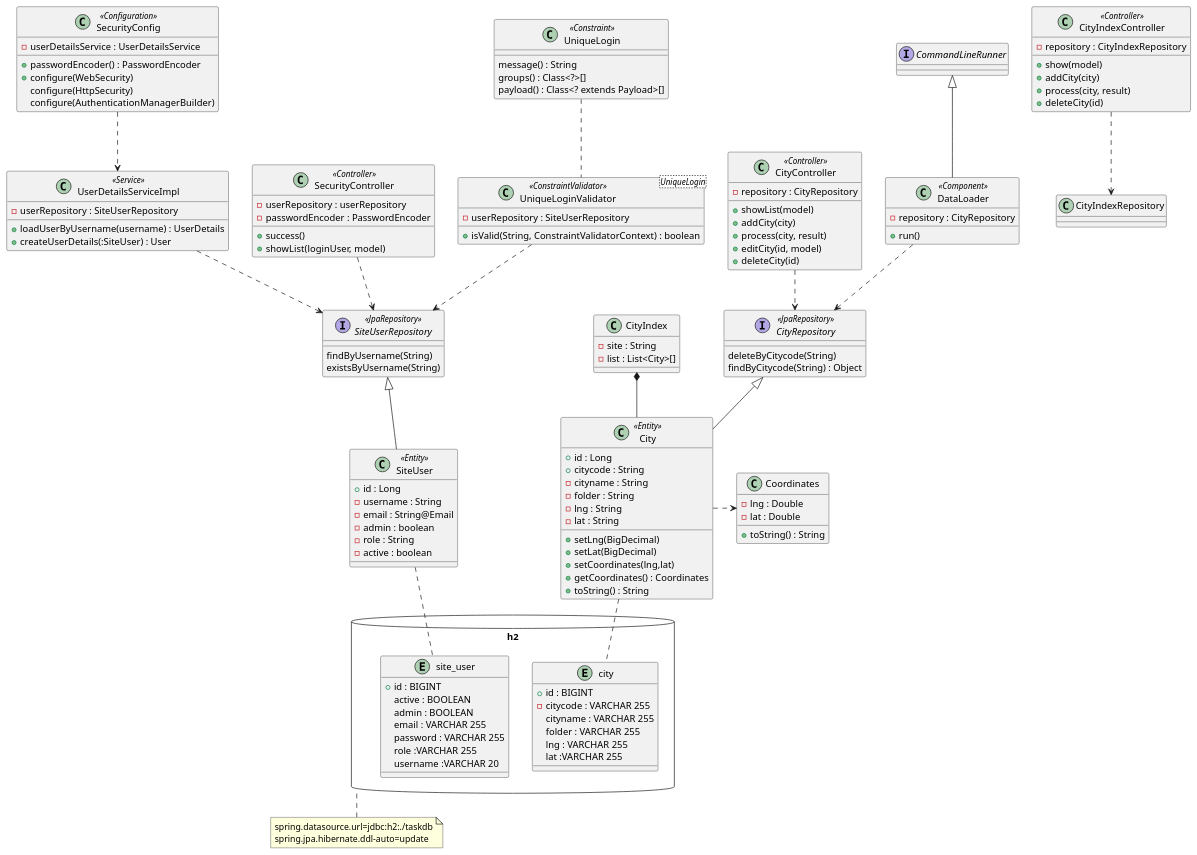
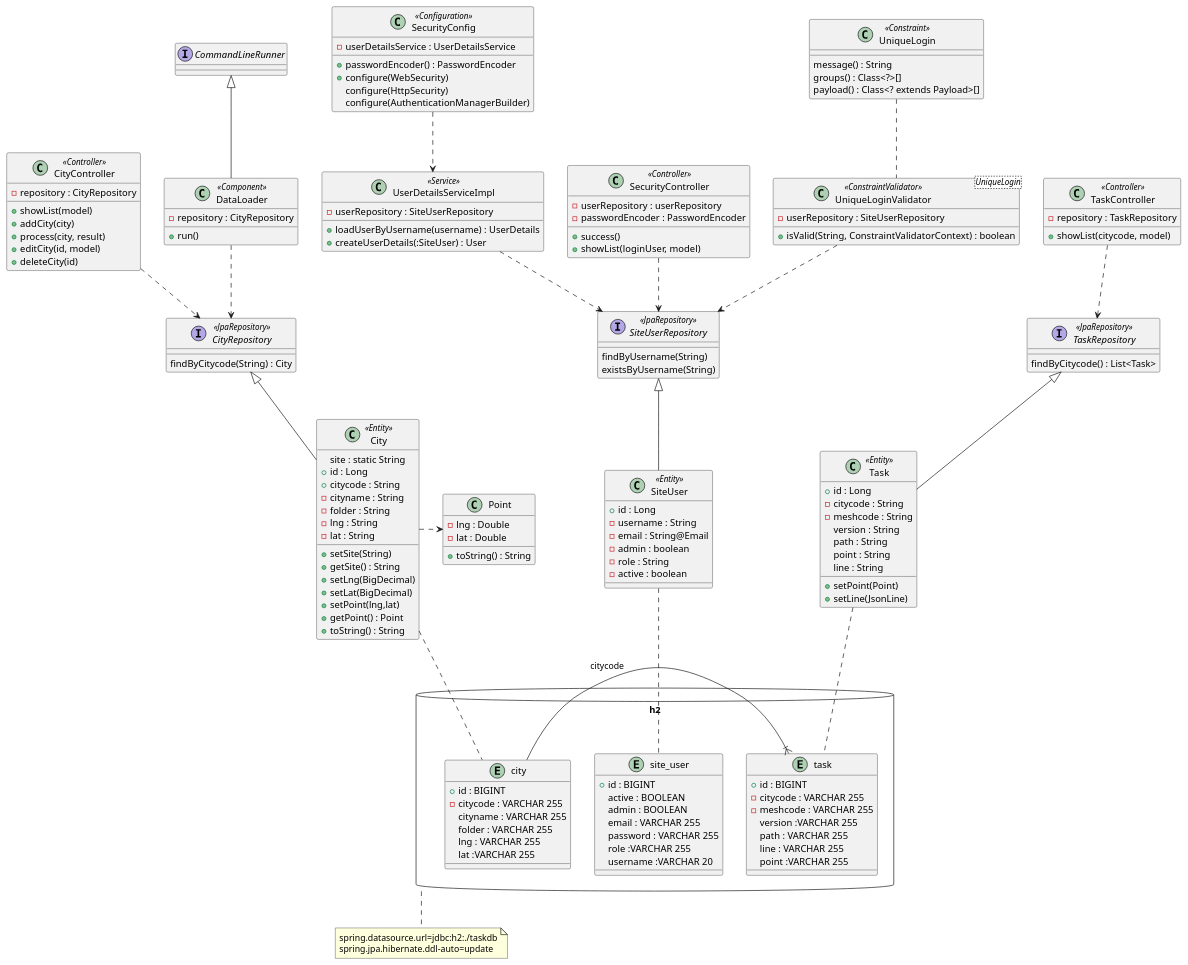
One commit to yuuhayashi/task-bldg changed the diagram in class.pu. Above: the diagram before and after it, drawn with PlantUML. The commit also changed 28 other files, not shown here.

```diff
--- a/class.pu
+++ b/class.pu
@@ -1,141 +1,163 @@
 @startuml
 
 database "h2" as db {
 	entity city {
 		+ id : BIGINT
 		- citycode : VARCHAR 255
 		cityname : VARCHAR 255
 		folder : VARCHAR 255
 		lng : VARCHAR 255
 		lat :VARCHAR 255
 	}
 
 	entity site_user {
 		+ id : BIGINT
 		active : BOOLEAN
 		admin : BOOLEAN
 		email : VARCHAR 255
 		password : VARCHAR 255
 		role :VARCHAR 255
 		username :VARCHAR 20
 	}
+
+	entity task {
+		+ id : BIGINT
+		- citycode : VARCHAR 255
+		- meshcode : VARCHAR 255
+		version :VARCHAR 255
+		path : VARCHAR 255
+		line : VARCHAR 255
+		point :VARCHAR 255
+	}
+	task }|- city : citycode
 }
 note bottom of db : spring.datasource.url=jdbc:h2:./taskdb\nspring.jpa.hibernate.ddl-auto=update
 
 class SecurityConfig <<Configuration>> {
 	- userDetailsService : UserDetailsService
 	+ passwordEncoder() : PasswordEncoder
 	+ configure(WebSecurity)
 	configure(HttpSecurity)
 	configure(AuthenticationManagerBuilder)
 }
 
 class UserDetailsServiceImpl <<Service>> {
   - userRepository : SiteUserRepository
   + loadUserByUsername(username) : UserDetails
   + createUserDetails(:SiteUser) : User
 }
 
 class SecurityController <<Controller>> {
   - userRepository : userRepository
   - passwordEncoder : PasswordEncoder
   + success()
   + showList(loginUser, model)
 }
 
 class SiteUser <<Entity>> {
   + id : Long
   - username : String
   - email : String@Email
   - admin : boolean
   - role : String
   - active : boolean
 }
 SiteUser .. site_user
 
 class UniqueLoginValidator<UniqueLogin> <<ConstraintValidator>> {
   - userRepository : SiteUserRepository
   + isValid(String, ConstraintValidatorContext) : boolean
 }
 
 class UniqueLogin <<Constraint>> {
   message() : String
   groups() : Class<?>[]
   payload() : Class<? extends Payload>[]
 }
 
 interface SiteUserRepository <<JpaRepository>> {
 	findByUsername(String)
 	existsByUsername(String)
 }
 SecurityConfig ..> UserDetailsServiceImpl
 UserDetailsServiceImpl ..> SiteUserRepository
 SecurityController ..> SiteUserRepository
 UniqueLoginValidator ..> SiteUserRepository
 UniqueLogin .. UniqueLoginValidator
 SiteUserRepository <|-- SiteUser
 
 class City <<Entity>> {
+	site : static String
   + id : Long
   + citycode : String
   - cityname : String
   - folder : String
   - lng : String
   - lat : String
+  + setSite(String)
+  + getSite() : String
   + setLng(BigDecimal)
   + setLat(BigDecimal)
-  + setCoordinates(lng,lat)
-  + getCoordinates() : Coordinates
+  + setPoint(lng,lat)
+  + getPoint() : Point
   + toString() : String
 }
 City .. city
 
-class Coordinates {
+class Point {
   - lng : Double
   - lat : Double
   + toString() : String
 }
-City .> Coordinates
-
-class CityIndex {
-	- site : String
-	- list : List<City>[]
-}
-CityIndex *-- City
+City .> Point
 
 interface CityRepository <<JpaRepository>> {
-	deleteByCitycode(String)
-	findByCitycode(String) : Object
+	findByCitycode(String) : City
 }
 CityRepository <|-- City
 
 class CityController <<Controller>> {
   - repository : CityRepository
   + showList(model)
   + addCity(city)
   + process(city, result)
   + editCity(id, model)
   + deleteCity(id)
 }
 CityController ..> CityRepository
 
-class CityIndexController <<Controller>> {
-  - repository : CityIndexRepository
-  + show(model)
-  + addCity(city)
-  + process(city, result)
-  + deleteCity(id)
+class TaskController <<Controller>> {
+  - repository : TaskRepository
+  + showList(citycode, model)
 }
-CityIndexController ..> CityIndexRepository
+TaskController ..> TaskRepository
+
+interface TaskRepository <<JpaRepository>> {
+	findByCitycode() : List<Task>
+}
+TaskRepository <|-- Task
+
+class Task <<Entity>> {
+  + id : Long
+  - citycode : String
+  - meshcode : String
+  version : String
+  path : String
+  point : String
+  line : String
+  + setPoint(Point)
+  + setLine(JsonLine)
+}
+Task .. task
 
 interface CommandLineRunner
 
 class DataLoader <<Component>> {
   - repository : CityRepository
   + run()
 }
 DataLoader ..> CityRepository
 
 CommandLineRunner <|-- DataLoader
 
 @enduml
```
